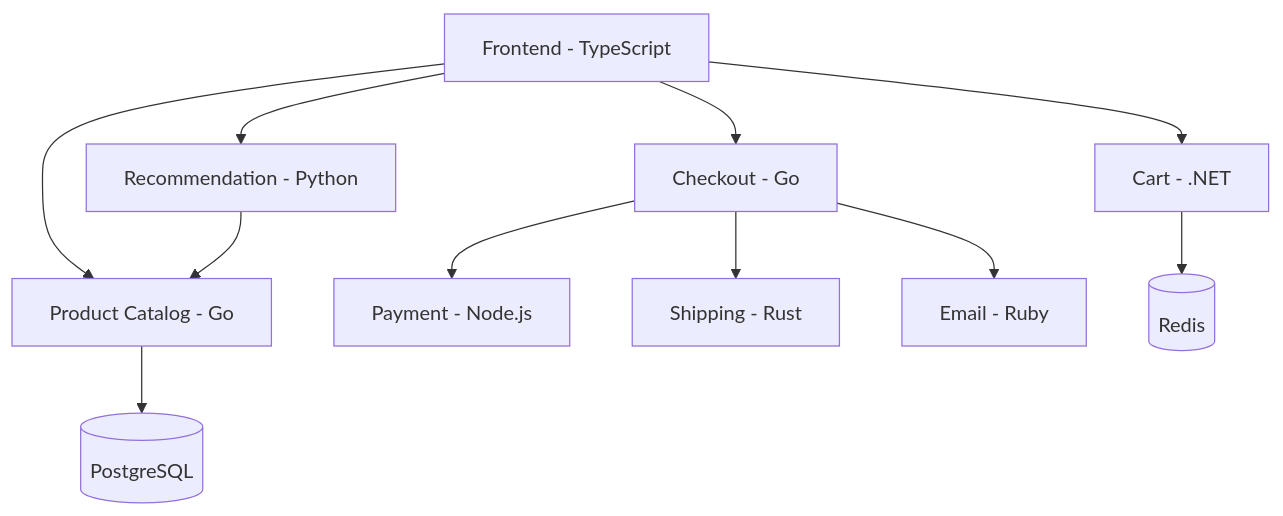
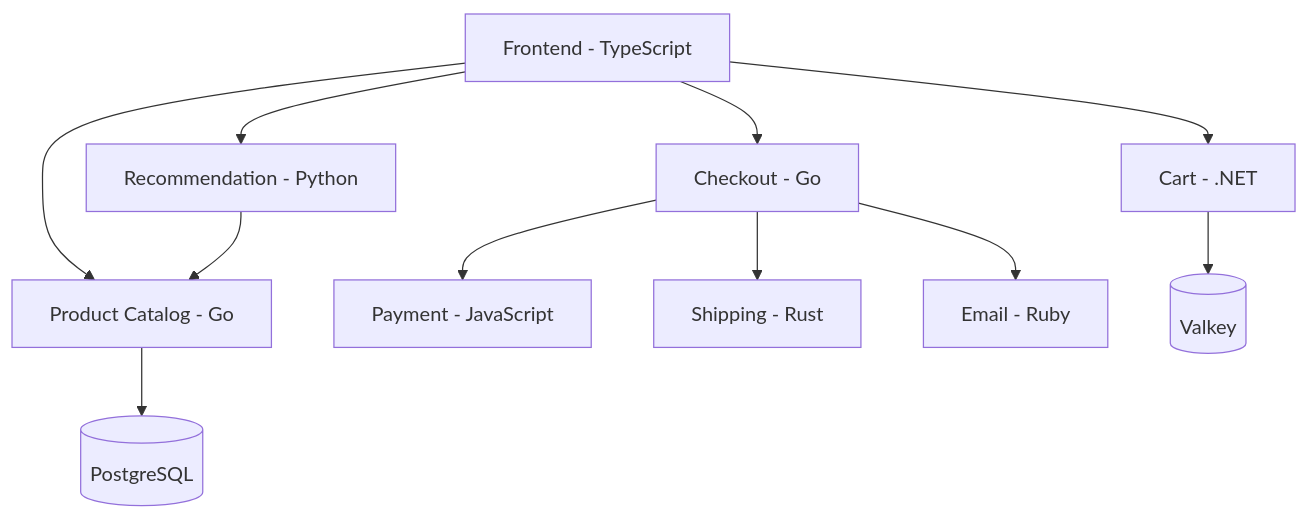
One commit to OneUptime/blog changed the diagram in posts/2026-02-06-opentelemetry-demo-app-integration-testing/README.md. Above: the diagram before and after it, drawn with Mermaid. The commit also changed other lines of this file and 2 other files, not shown here.

````diff
--- a/posts/2026-02-06-opentelemetry-demo-app-integration-testing/README.md
+++ b/posts/2026-02-06-opentelemetry-demo-app-integration-testing/README.md
@@ -17,13 +17,13 @@
 ```mermaid
 flowchart TD
     Frontend[Frontend - TypeScript] --> Cart[Cart - .NET]
     Frontend --> Catalog[Product Catalog - Go]
     Frontend --> Checkout[Checkout - Go]
-    Checkout --> Payment[Payment - Node.js]
+    Checkout --> Payment[Payment - JavaScript]
     Checkout --> Shipping[Shipping - Rust]
     Checkout --> Email[Email - Ruby]
     Frontend --> Recommendation[Recommendation - Python]
     Recommendation --> Catalog
-    Cart --> Redis[(Redis)]
+    Cart --> Valkey[(Valkey)]
     Catalog --> Postgres[(PostgreSQL)]
 ```
````
